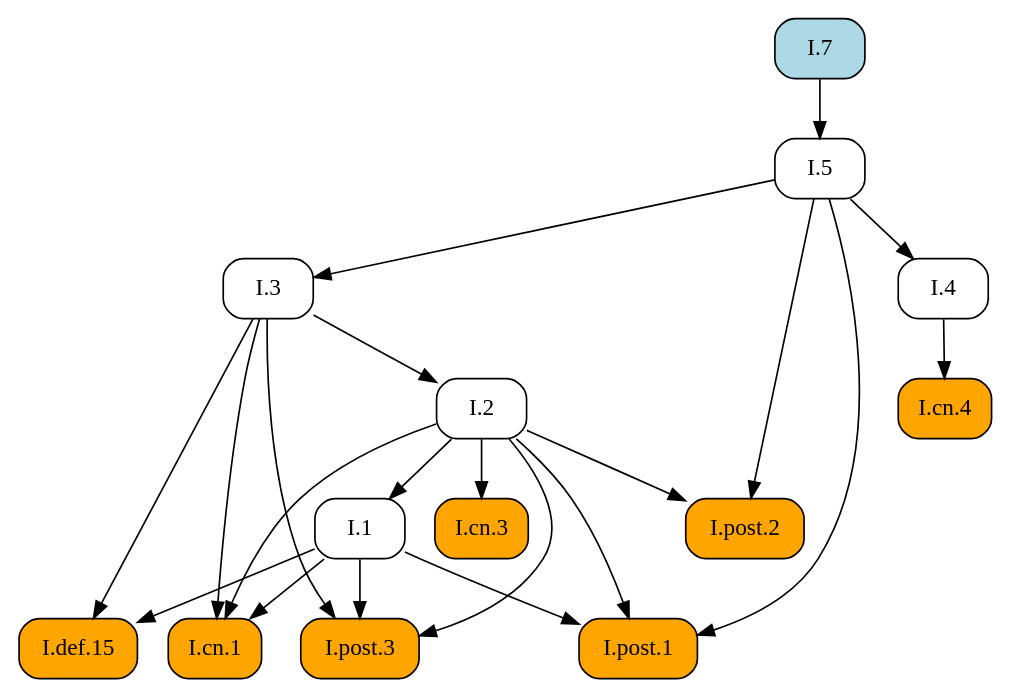
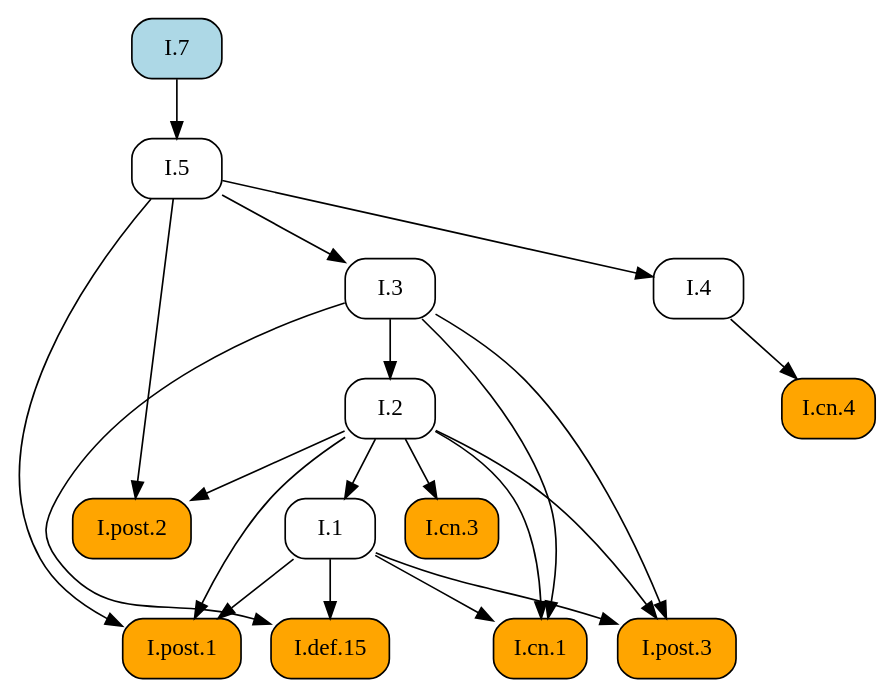
One commit to geometor/elements changed the diagram in docsrc/elements2/I/7/index.rst. Above: the diagram before and after it, drawn with Graphviz. The commit also changed other lines of this file and 409 other files, not shown here.

First line of the commit message:
feat: Add image cropping and graphic extraction script

```diff
--- a/docsrc/elements2/I/7/index.rst
+++ b/docsrc/elements2/I/7/index.rst
@@ -108,39 +108,39 @@
 .. graphviz::
 
    digraph {
      rankdir="TB";
      node [shape=box, style=rounded];
+     "I.def.15" [style="rounded,filled", fillcolor=orange, URL="/elements2/I/def.15/", target="_top"];
+     "I.post.1" [style="rounded,filled", fillcolor=orange, URL="/elements2/I/post.1/", target="_top"];
      "I.2" [URL="/elements2/I/2/", target="_top"];
+     "I.5" [URL="/elements2/I/5/", target="_top"];
+     "I.post.3" [style="rounded,filled", fillcolor=orange, URL="/elements2/I/post.3/", target="_top"];
+     "I.3" [URL="/elements2/I/3/", target="_top"];
+     "I.cn.4" [style="rounded,filled", fillcolor=orange, URL="/elements2/I/cn.4/", target="_top"];
      "I.1" [URL="/elements2/I/1/", target="_top"];
-     "I.cn.4" [style="rounded,filled", fillcolor=orange, URL="/elements2/I/cn.4/", target="_top"];
+     "I.cn.1" [style="rounded,filled", fillcolor=orange, URL="/elements2/I/cn.1/", target="_top"];
+     "I.4" [URL="/elements2/I/4/", target="_top"];
+     "I.post.2" [style="rounded,filled", fillcolor=orange, URL="/elements2/I/post.2/", target="_top"];
      "I.cn.3" [style="rounded,filled", fillcolor=orange, URL="/elements2/I/cn.3/", target="_top"];
-     "I.def.15" [style="rounded,filled", fillcolor=orange, URL="/elements2/I/def.15/", target="_top"];
-     "I.4" [URL="/elements2/I/4/", target="_top"];
      "I.7" [style="rounded,filled", fillcolor=lightblue, URL="/elements2/I/7/", target="_top"];
-     "I.post.1" [style="rounded,filled", fillcolor=orange, URL="/elements2/I/post.1/", target="_top"];
-     "I.3" [URL="/elements2/I/3/", target="_top"];
-     "I.post.2" [style="rounded,filled", fillcolor=orange, URL="/elements2/I/post.2/", target="_top"];
-     "I.5" [URL="/elements2/I/5/", target="_top"];
-     "I.cn.1" [style="rounded,filled", fillcolor=orange, URL="/elements2/I/cn.1/", target="_top"];
-     "I.post.3" [style="rounded,filled", fillcolor=orange, URL="/elements2/I/post.3/", target="_top"];
-     "I.3" -> "I.2";
-     "I.2" -> "I.1";
-     "I.4" -> "I.cn.4";
-     "I.2" -> "I.cn.3";
      "I.1" -> "I.def.15";
      "I.3" -> "I.def.15";
-     "I.5" -> "I.4";
      "I.1" -> "I.post.1";
      "I.2" -> "I.post.1";
      "I.5" -> "I.post.1";
+     "I.3" -> "I.2";
+     "I.7" -> "I.5";
+     "I.1" -> "I.post.3";
+     "I.2" -> "I.post.3";
+     "I.3" -> "I.post.3";
      "I.5" -> "I.3";
-     "I.2" -> "I.post.2";
-     "I.5" -> "I.post.2";
-     "I.7" -> "I.5";
+     "I.4" -> "I.cn.4";
+     "I.2" -> "I.1";
      "I.1" -> "I.cn.1";
      "I.2" -> "I.cn.1";
      "I.3" -> "I.cn.1";
-     "I.1" -> "I.post.3";
-     "I.2" -> "I.post.3";
-     "I.3" -> "I.post.3";
+     "I.5" -> "I.4";
+     "I.2" -> "I.post.2";
+     "I.5" -> "I.post.2";
+     "I.2" -> "I.cn.3";
    }
```
